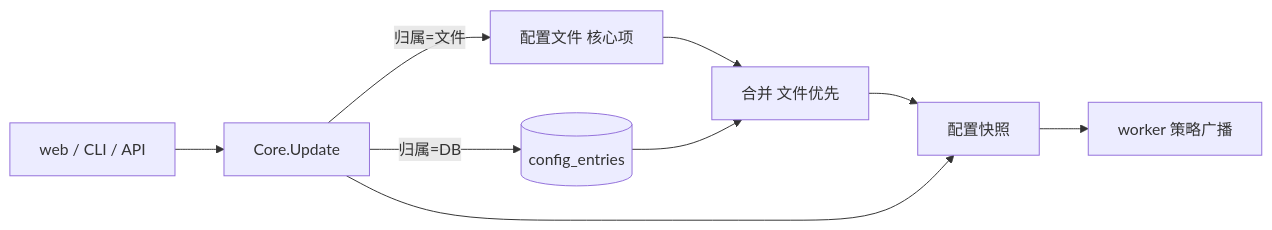
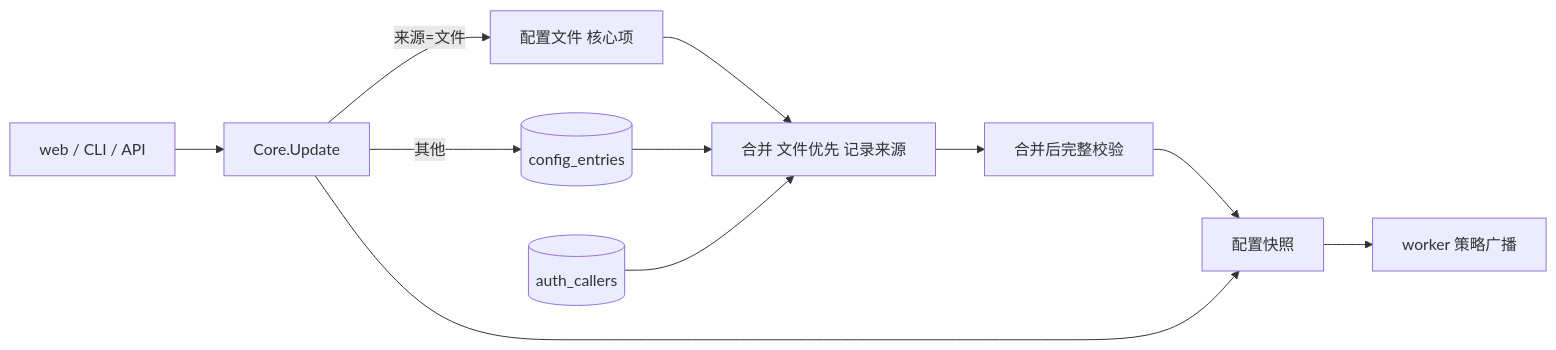
Before and after one commit to inhere/gofer: the diagram in docs/design/2026-11-03-config-into-db-design.md, drawn with Mermaid. The commit also changed other lines of this file, not shown here.

````diff
--- a/docs/design/2026-11-03-config-into-db-design.md
+++ b/docs/design/2026-11-03-config-into-db-design.md
@@ -109,11 +133,13 @@
 ```mermaid
 flowchart LR
-  F[配置文件 核心项] --> M[合并 文件优先]
+  F[配置文件 核心项] --> M[合并 文件优先 记录来源]
   D[(config_entries)] --> M
-  M --> S[配置快照]
+  C[(auth_callers)] --> M
+  M --> V[合并后完整校验]
+  V --> S[配置快照]
   S --> W[worker 策略广播]
   U[web / CLI / API] --> T[Core.Update]
-  T -->|归属=文件| F
-  T -->|归属=DB| D
+  T -->|来源=文件| F
+  T -->|其他| D
   T --> S
 ```
````
